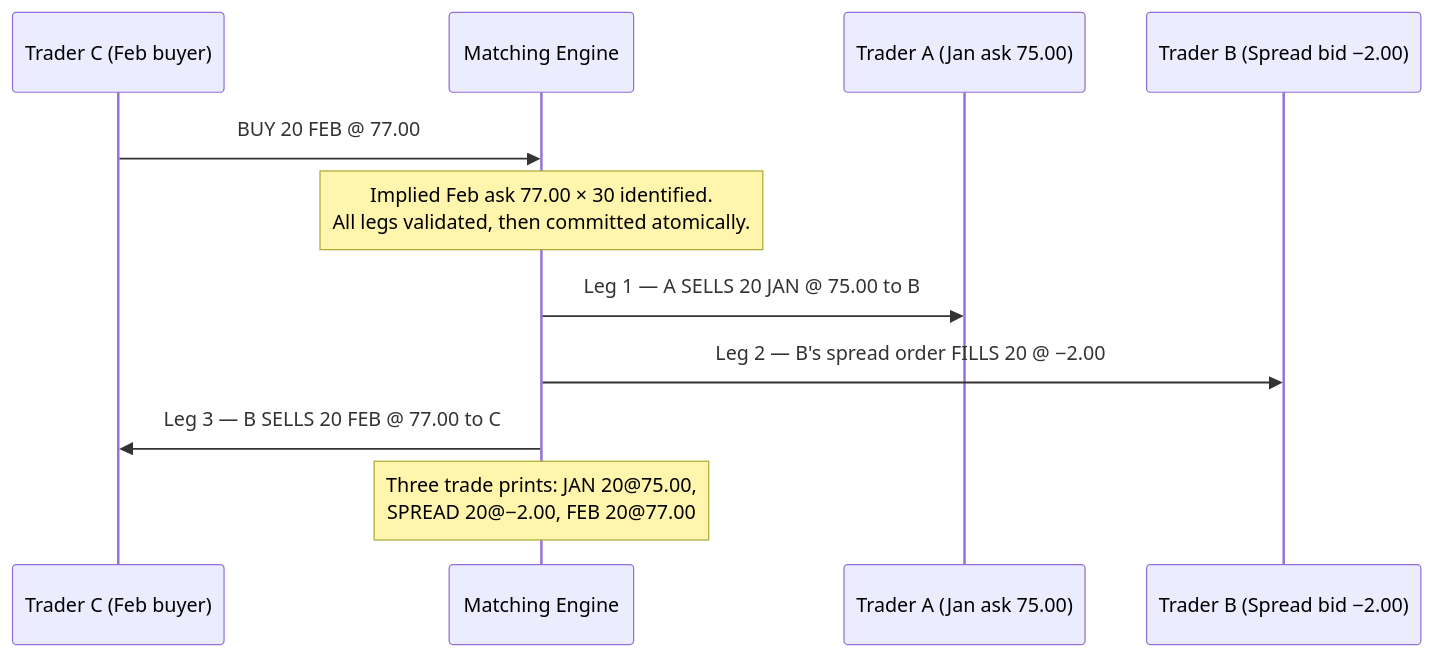
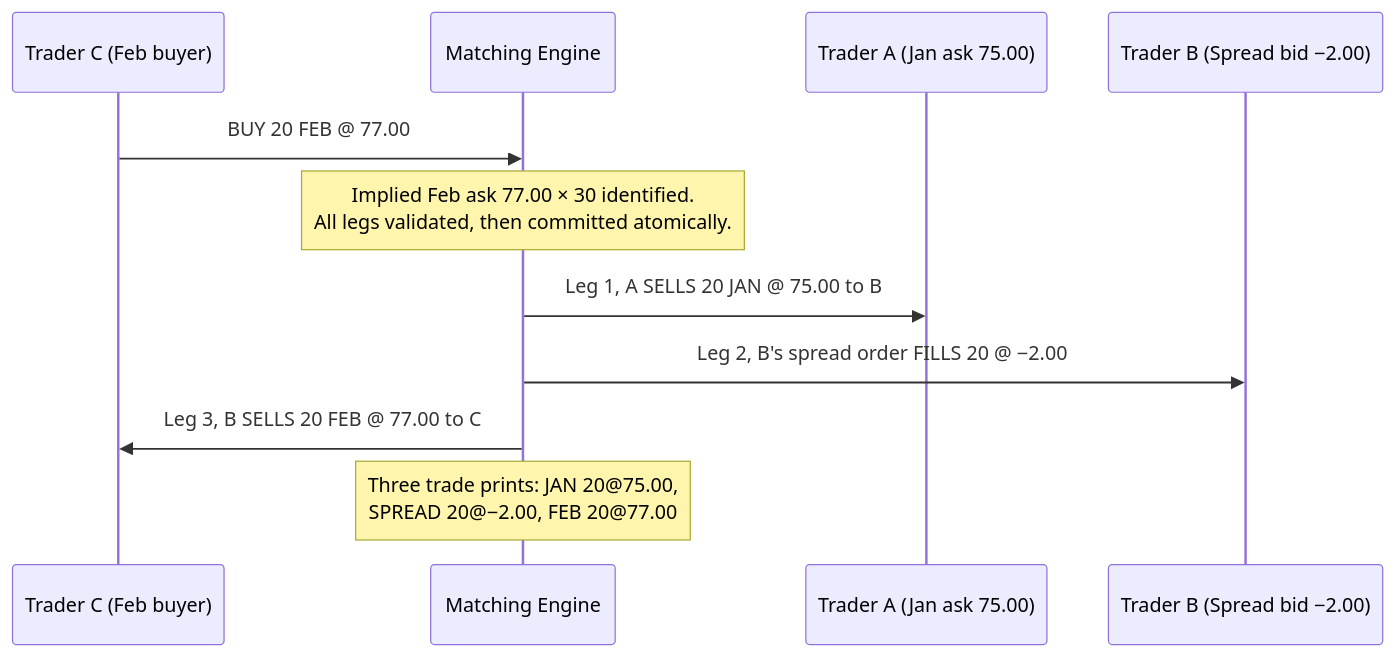
The diagram in docs-exchange-intro/src/02-orders-and-matching/03-implied-orders.md (johan162/EduMatcher), drawn with Mermaid before and after one commit. The commit also changed other lines of this file and 11 other files, not shown here.

````diff
--- a/docs-exchange-intro/src/02-orders-and-matching/03-implied-orders.md
+++ b/docs-exchange-intro/src/02-orders-and-matching/03-implied-orders.md
@@ -95,14 +95,14 @@
 ```{.mermaid width=600}
 sequenceDiagram
     participant C as Trader C (Feb buyer)
     participant ME as Matching Engine
     participant A as Trader A (Jan ask 75.00)
     participant B as Trader B (Spread bid −2.00)
 
     C->>ME: BUY 20 FEB @ 77.00
     Note over ME: Implied Feb ask 77.00 × 30 identified.<br/>All legs validated, then committed atomically.
-    ME->>A: Leg 1 — A SELLS 20 JAN @ 75.00 to B
-    ME->>B: Leg 2 — B's spread order FILLS 20 @ −2.00
-    ME->>C: Leg 3 — B SELLS 20 FEB @ 77.00 to C
+    ME->>A: Leg 1, A SELLS 20 JAN @ 75.00 to B
+    ME->>B: Leg 2, B's spread order FILLS 20 @ −2.00
+    ME->>C: Leg 3, B SELLS 20 FEB @ 77.00 to C
     Note over ME: Three trade prints: JAN 20@75.00,<br/>SPREAD 20@−2.00, FEB 20@77.00
 ```
````
